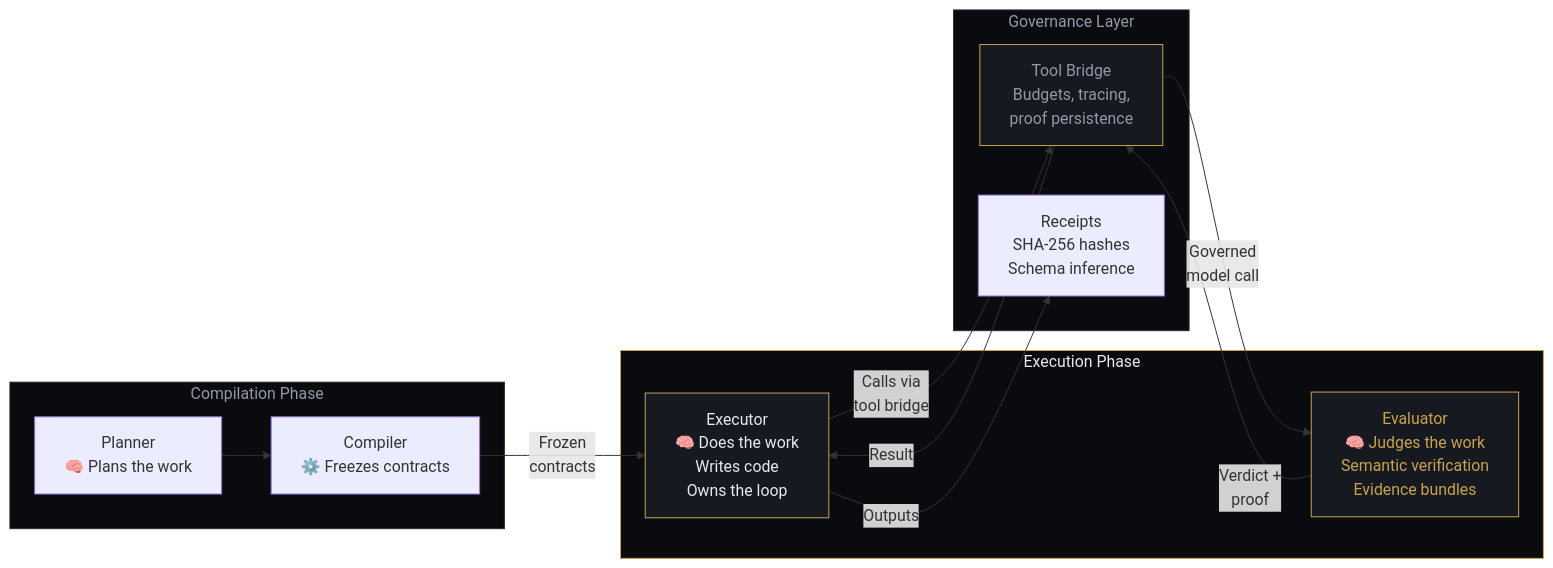
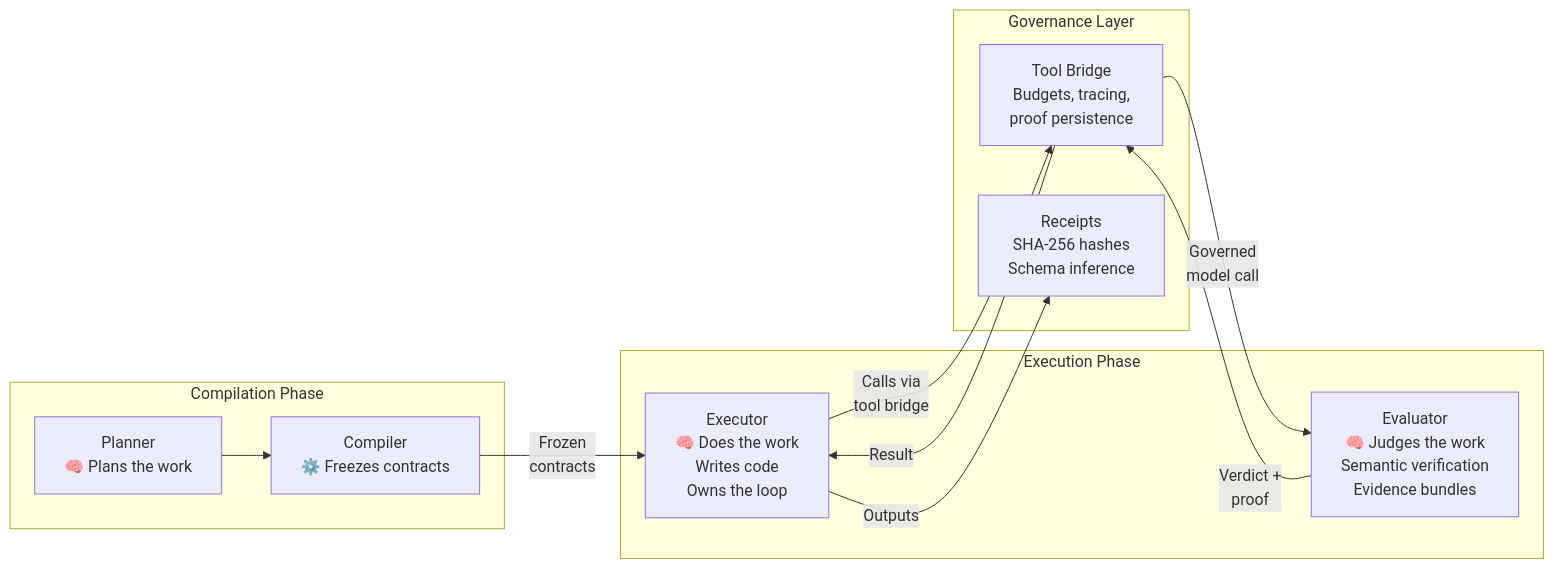
The ninth of 10 diagrams in docs/diagrams-draft.md (amadalis-ai/forge-architecture), drawn with Mermaid before and after one commit. The commit also changed other lines of this file, not shown here.

Commit message:
Remove custom dark styling from diagrams — use GitHub default theme for visibility

````diff
--- a/docs/diagrams-draft.md
+++ b/docs/diagrams-draft.md
@@ -323,34 +285,27 @@
 ```mermaid
 flowchart LR
     subgraph COMPILE["Compilation Phase"]
         P["Planner\n🧠 Plans the work"]
         C["Compiler\n⚙️ Freezes contracts"]
     end
 
     subgraph EXECUTE["Execution Phase"]
         EX["Executor\n🧠 Does the work\nWrites code\nOwns the loop"]
         EV["Evaluator\n🧠 Judges the work\nSemantic verification\nEvidence bundles"]
     end
 
     subgraph GOVERN["Governance Layer"]
         TB["Tool Bridge\nBudgets, tracing,\nproof persistence"]
         RE["Receipts\nSHA-256 hashes\nSchema inference"]
     end
 
     P --> C
     C -->|"Frozen\ncontracts"| EX
 
     EX -->|"Calls via\ntool bridge"| TB
     TB -->|"Governed\nmodel call"| EV
     EV -->|"Verdict +\nproof"| TB
     TB -->|"Result"| EX
 
     EX -->|"Outputs"| RE
-
-    style COMPILE fill:#0a0b0f,stroke:#2a2d38,color:#9498a8
-    style EXECUTE fill:#0a0b0f,stroke:#c8a44e,color:#e8e9ed
-    style GOVERN fill:#0a0b0f,stroke:#2a2d38,color:#9498a8
-    style EX fill:#161920,stroke:#c8a44e,color:#e8e9ed
-    style EV fill:#161920,stroke:#c8a44e,color:#c8a44e
-    style TB fill:#161920,stroke:#c8a44e,color:#9498a8
 ```
````
